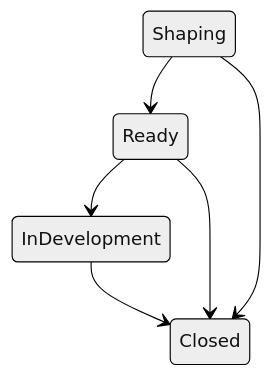
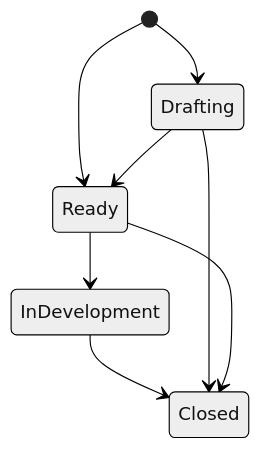
Before and after one commit to p4lang/p4analyzer: the second of 2 diagrams in docs/issue-lifecycle.md, drawn with Mermaid (neutral theme). The commit also changed other lines of this file and 1 other file, not shown here.

````diff
--- a/docs/issue-lifecycle.md
+++ b/docs/issue-lifecycle.md
@@ -57,8 +50,10 @@
 ```mermaid
 stateDiagram-v2
-	Shaping --> Ready
+  [*] --> Drafting
+  [*] --> Ready
+	Drafting --> Ready
 	Ready --> InDevelopment
 	InDevelopment --> Closed
-	Shaping --> Closed
+	Drafting --> Closed
 	Ready --> Closed
 ```
````
